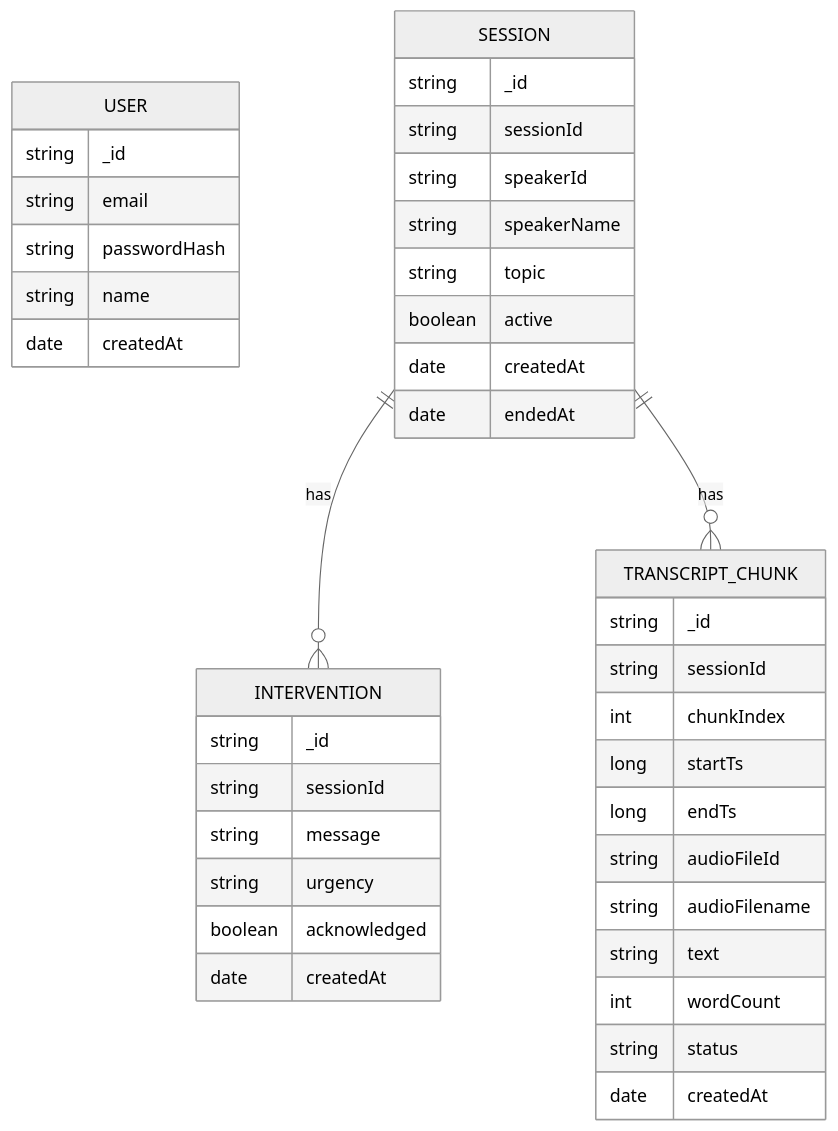
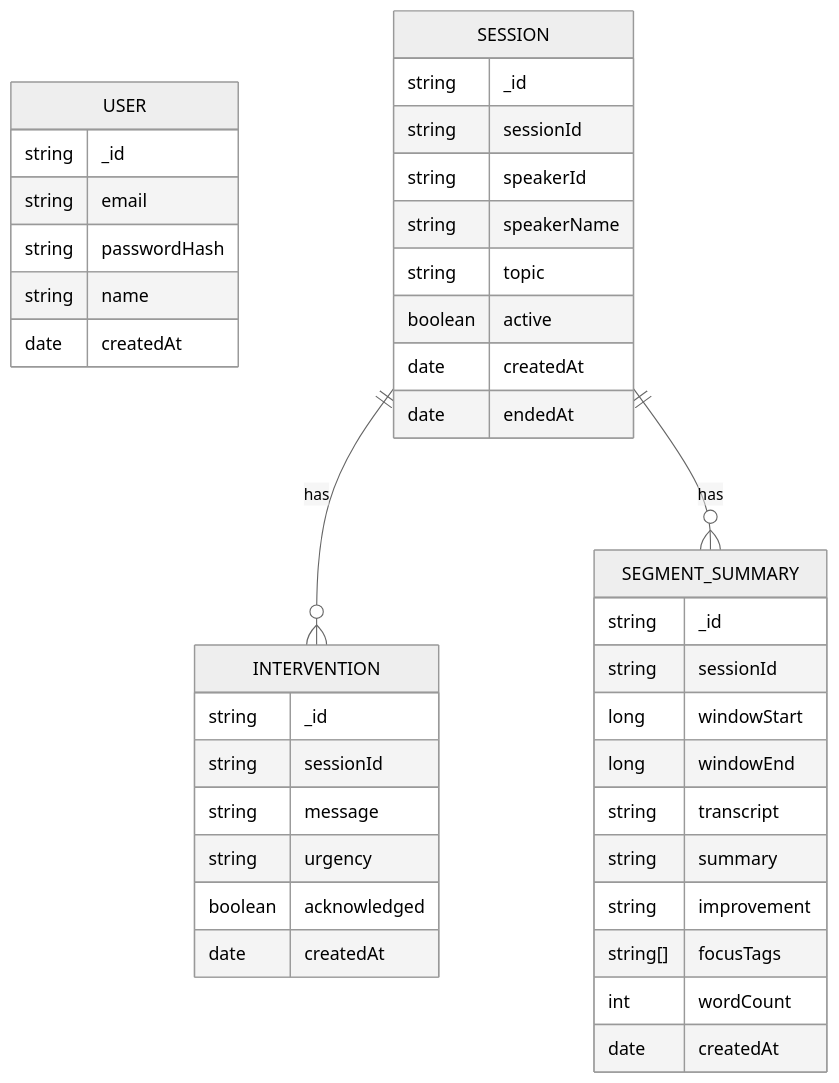
The seventh of 8 diagrams in PULSE_ARCHITECTUREPLAN.md (arvinder004/PULSE_HACKBYTE4.0), drawn with Mermaid (neutral theme) before and after one commit. The commit also changed other lines of this file and 14 other files, not shown here.

````diff
--- a/PULSE_ARCHITECTUREPLAN.md
+++ b/PULSE_ARCHITECTUREPLAN.md
@@ -260,47 +272,46 @@
 ```mermaid
 erDiagram
   USER {
     string _id
     string email
     string passwordHash
     string name
     date createdAt
   }
 
   SESSION {
     string _id
     string sessionId
     string speakerId
     string speakerName
     string topic
     boolean active
     date createdAt
     date endedAt
   }
 
   INTERVENTION {
     string _id
     string sessionId
     string message
     string urgency
     boolean acknowledged
     date createdAt
   }
 
-  TRANSCRIPT_CHUNK {
+  SEGMENT_SUMMARY {
     string _id
     string sessionId
-    int chunkIndex
-    long startTs
-    long endTs
-    string audioFileId
-    string audioFilename
-    string text
+    long windowStart
+    long windowEnd
+    string transcript
+    string summary
+    string improvement
+    string[] focusTags
     int wordCount
-    string status
     date createdAt
   }
 
   SESSION ||--o{ INTERVENTION : has
-  SESSION ||--o{ TRANSCRIPT_CHUNK : has
+  SESSION ||--o{ SEGMENT_SUMMARY : has
 ```
````
